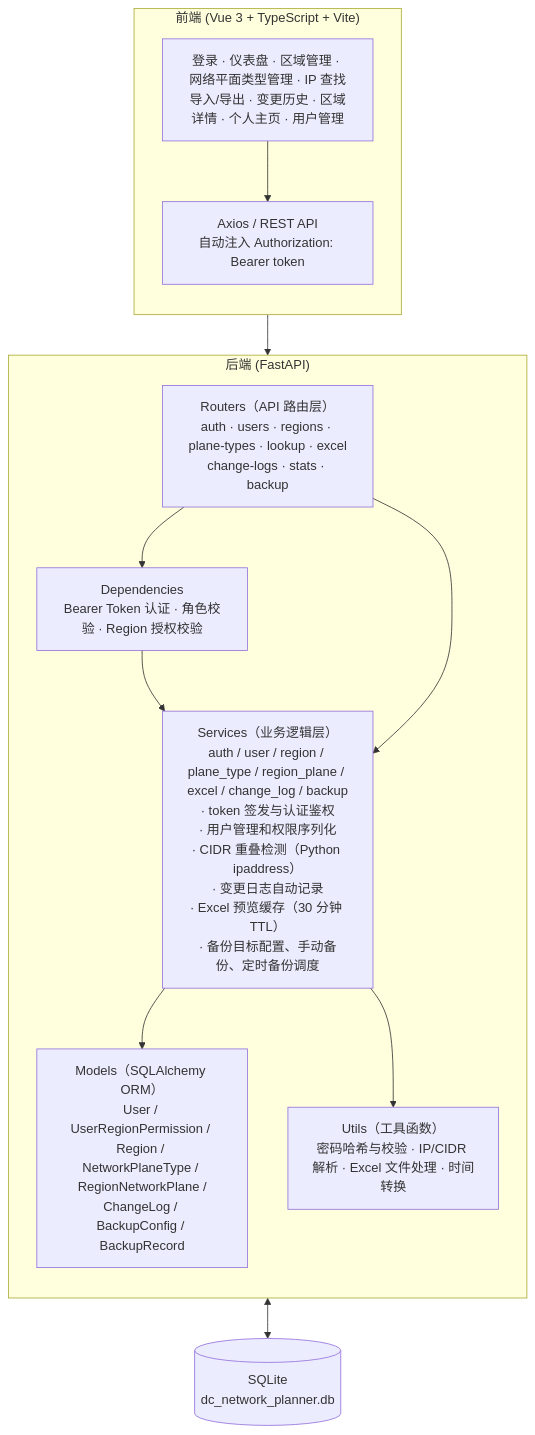
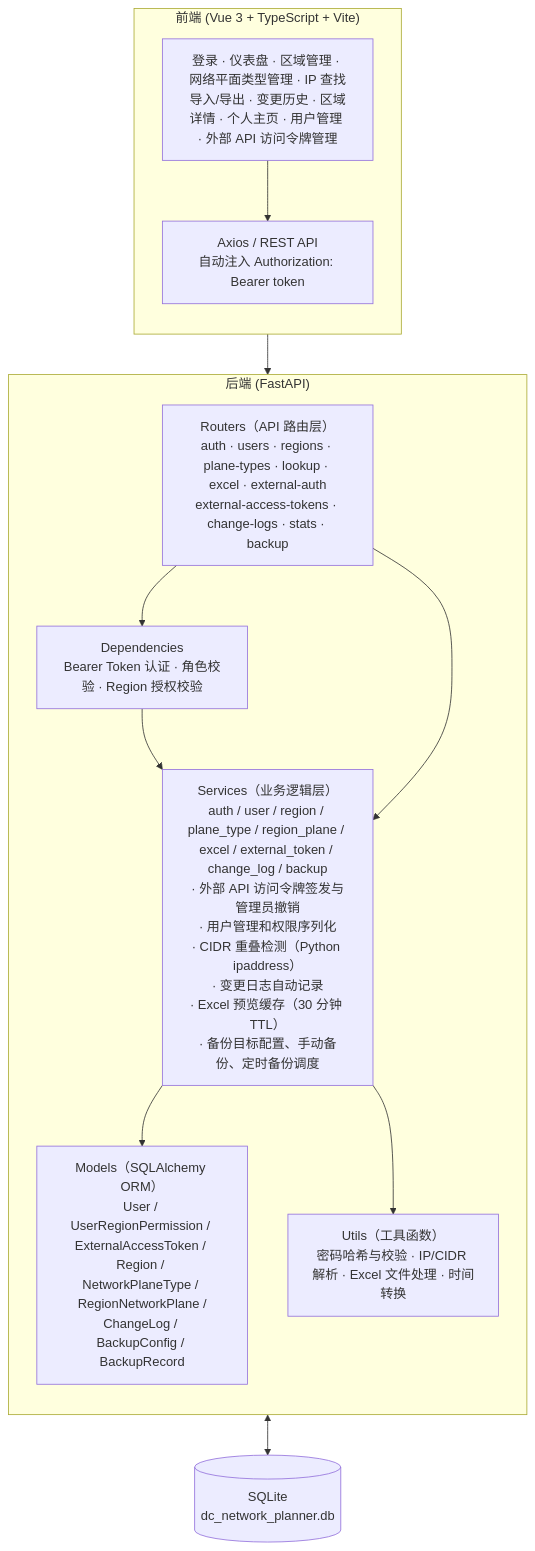
The first of 5 diagrams in SYSTEM_DESIGN.md (zhou-xingxing/dc-network-planner), drawn with Mermaid before and after one commit. The commit also changed other lines of this file and 15 other files, not shown here.

````diff
--- a/SYSTEM_DESIGN.md
+++ b/SYSTEM_DESIGN.md
@@ -40,27 +41,27 @@
 ```mermaid
 graph TB
     subgraph Frontend["前端 (Vue 3 + TypeScript + Vite)"]
         direction TB
-        FE_Pages["登录 · 仪表盘 · 区域管理 · 网络平面类型管理 · IP 查找<br/>导入/导出 · 变更历史 · 区域详情 · 个人主页 · 用户管理"]
+        FE_Pages["登录 · 仪表盘 · 区域管理 · 网络平面类型管理 · IP 查找<br/>导入/导出 · 变更历史 · 区域详情 · 个人主页 · 用户管理 · 外部 API 访问令牌管理"]
         FE_Axios["Axios / REST API<br/>自动注入 Authorization: Bearer token"]
         FE_Pages --> FE_Axios
     end
 
     subgraph Backend["后端 (FastAPI)"]
         direction TB
-        Routers["Routers（API 路由层）<br/>auth · users · regions · plane-types · lookup · excel<br/>change-logs · stats · backup"]
+        Routers["Routers（API 路由层）<br/>auth · users · regions · plane-types · lookup · excel · external-auth<br/>external-access-tokens · change-logs · stats · backup"]
         Deps["Dependencies<br/>Bearer Token 认证 · 角色校验 · Region 授权校验"]
-        Services["Services（业务逻辑层）<br/>auth / user / region / plane_type / region_plane / excel / change_log / backup<br/>· token 签发与认证鉴权<br/>· 用户管理和权限序列化<br/>· CIDR 重叠检测（Python ipaddress）<br/>· 变更日志自动记录<br/>· Excel 预览缓存（30 分钟 TTL）<br/>· 备份目标配置、手动备份、定时备份调度"]
+        Services["Services（业务逻辑层）<br/>auth / user / region / plane_type / region_plane / excel / external_token / change_log / backup<br/>· 外部 API 访问令牌签发与管理员撤销<br/>· 用户管理和权限序列化<br/>· CIDR 重叠检测（Python ipaddress）<br/>· 变更日志自动记录<br/>· Excel 预览缓存（30 分钟 TTL）<br/>· 备份目标配置、手动备份、定时备份调度"]
         Utils["Utils（工具函数）<br/>密码哈希与校验 · IP/CIDR 解析 · Excel 文件处理 · 时间转换"]
-        Models["Models（SQLAlchemy ORM）<br/>User / UserRegionPermission / Region / NetworkPlaneType / RegionNetworkPlane /<br/>ChangeLog / BackupConfig / BackupRecord"]
+        Models["Models（SQLAlchemy ORM）<br/>User / UserRegionPermission / ExternalAccessToken / Region / NetworkPlaneType / RegionNetworkPlane /<br/>ChangeLog / BackupConfig / BackupRecord"]
         Routers --> Deps
         Deps --> Services
         Routers --> Services --> Models
         Services --> Utils
     end
 
     DB[("SQLite<br/>dc_network_planner.db")]
 
     FE_Axios --> Routers
     Models <--> DB
 ```
````
